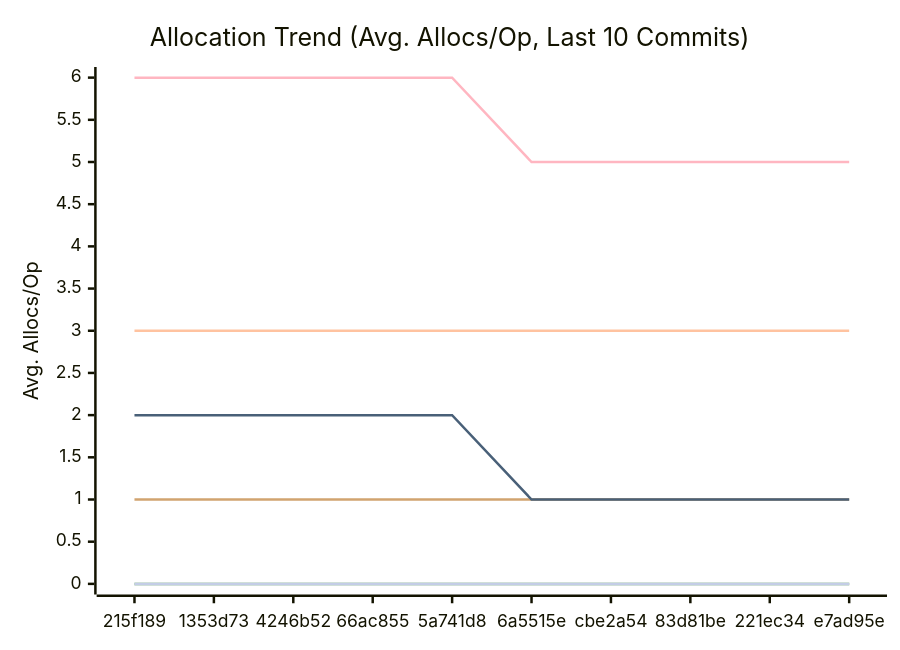
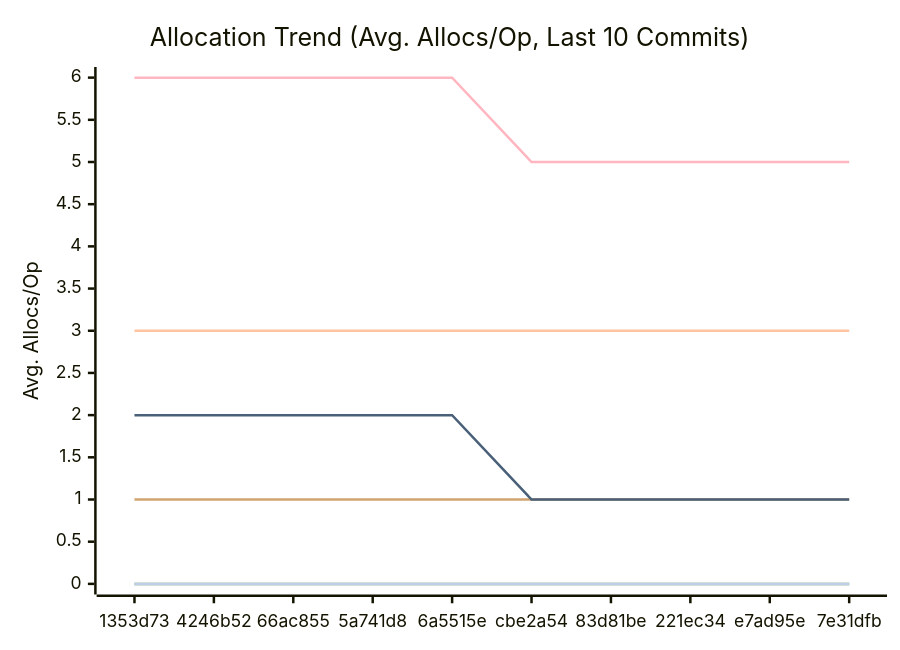
One commit to alsotoes/momo changed the third of 3 diagrams in docs/PERFORMANCE.md. Above: the diagram before and after it, drawn with Mermaid. The commit also changed other lines of this file and 2 other files, not shown here.

````diff
--- a/docs/PERFORMANCE.md
+++ b/docs/PERFORMANCE.md
@@ -114,16 +114,16 @@
 ```mermaid
 xychart-beta
     title "Allocation Trend (Avg. Allocs/Op, Last 10 Commits)"
     x-axis "Commit"
     y-axis "Avg. Allocs/Op"
-    x-axis [215f189,1353d73,4246b52,66ac855,5a741d8,6a5515e,cbe2a54,83d81be,221ec34,e7ad95e]
+    x-axis [1353d73,4246b52,66ac855,5a741d8,6a5515e,cbe2a54,83d81be,221ec34,e7ad95e,7e31dfb]
     line "CheckMetricsAndSwap" [0,0,0,0,0,0,0,0,0,0]
     line "CrushOptimized" [0,0,0,0,0,0,0,0,0,0]
     line "CrushOriginal" [3,3,3,3,3,3,3,3,3,3]
     line "IndexDirectTracking" [0,0,0,0,0,0,0,0,0,0]
     line "IndexSearch" [0,0,0,0,0,0,0,0,0,0]
     line "LoadGlobalConfig" [1,1,1,1,1,1,1,1,1,1]
     line "PadString" [0,0,0,0,0,0,0,0,0,0]
     line "ParseReplicationOrder_NoPrealloc" [6,6,6,6,6,5,5,5,5,5]
     line "ParseReplicationOrder_Prealloc" [2,2,2,2,2,1,1,1,1,1]
 ```
````
